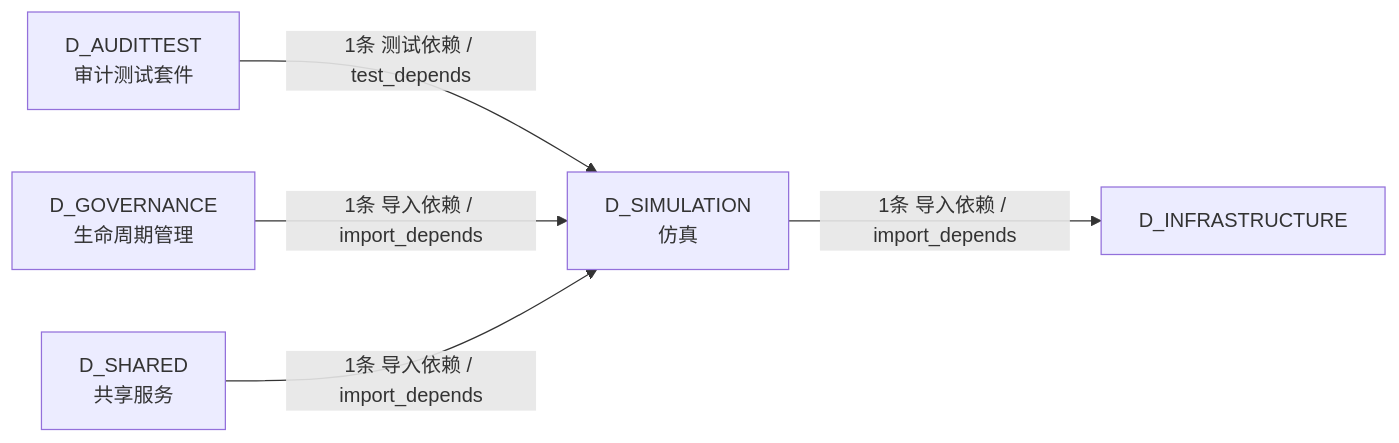
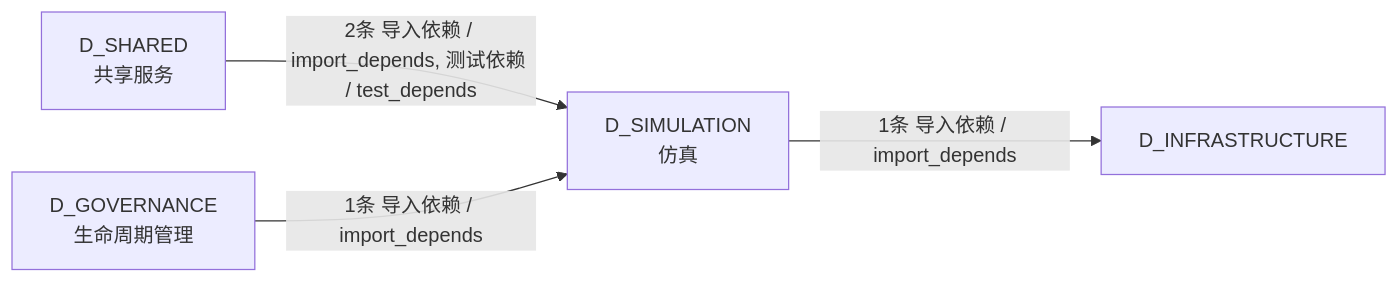
Before and after one commit to xuanFelixVan/ZephyrAlpha: the fifth of 5 diagrams in docs/02_enterprise_architecture/02_domain_architecture_docs/55_d_simulation.md, drawn with Mermaid. The commit also changed other lines of this file and 112 other files, not shown here.

````diff
--- a/docs/02_enterprise_architecture/02_domain_architecture_docs/55_d_simulation.md
+++ b/docs/02_enterprise_architecture/02_domain_architecture_docs/55_d_simulation.md
@@ -197,12 +195,10 @@
 ```mermaid
 graph LR
     D_SIMULATION["D_SIMULATION<br/>仿真"]
     D_INFRASTRUCTURE["D_INFRASTRUCTURE"]
-    D_AUDITTEST["D_AUDITTEST<br/>审计测试套件"]
+    D_SHARED["D_SHARED<br/>共享服务"]
     D_GOVERNANCE["D_GOVERNANCE<br/>生命周期管理"]
-    D_SHARED["D_SHARED<br/>共享服务"]
     D_SIMULATION -->|1条 导入依赖 / import_depends| D_INFRASTRUCTURE
-    D_AUDITTEST -->|1条 测试依赖 / test_depends| D_SIMULATION
+    D_SHARED -->|2条 导入依赖 / import_depends, 测试依赖 / test_depends| D_SIMULATION
     D_GOVERNANCE -->|1条 导入依赖 / import_depends| D_SIMULATION
-    D_SHARED -->|1条 导入依赖 / import_depends| D_SIMULATION
 ```
````
